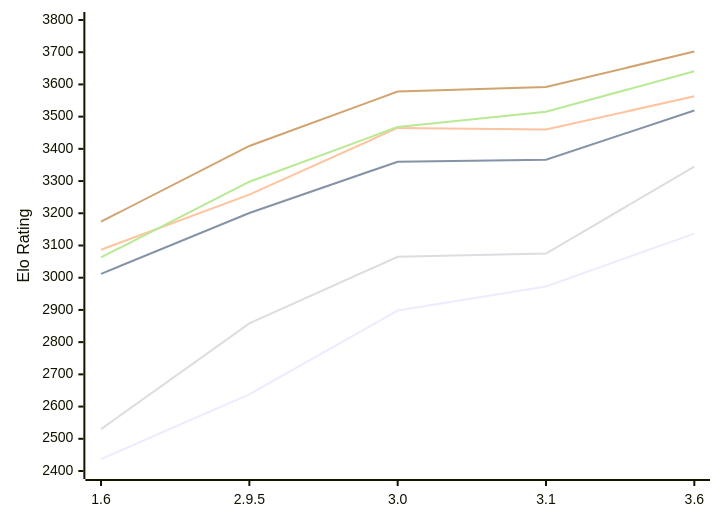
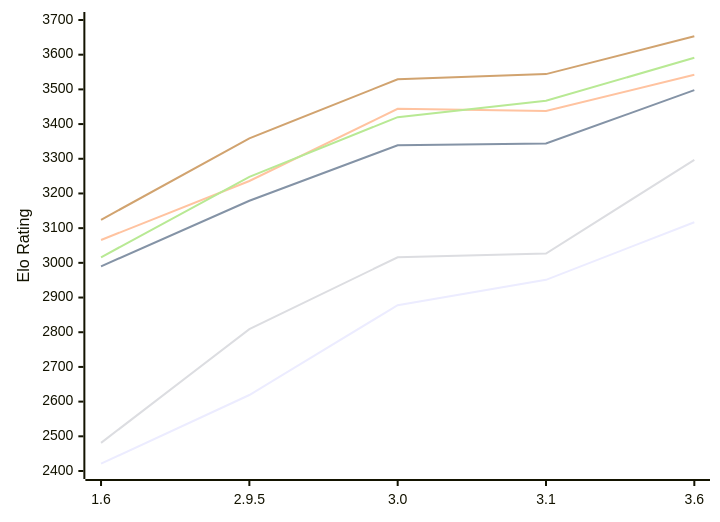
The diagram in engines/Chessenger.md (computer-chess-index/cci), drawn with Mermaid before and after one commit. The commit also changed other lines of this file, not shown here.

Commit message:
Update CCI Ratings (ELO VLTC) - 2026-11-08

````diff
--- a/engines/Chessenger.md
+++ b/engines/Chessenger.md
@@ -55,12 +55,12 @@
 ```mermaid
 %%{init: {"theme":"base","themeVariables":{"seriesColors:['#a3a3a3','#222221','#faa371']}}}%%
 xychart-beta
   x-axis ["1.6", "2.9.5", "3.0", "3.1", "3.6"]
-  y-axis "Elo Rating" 2400 --> 3800
-  line "E1: STC (8.0+0.08s)" [2437, 2638, 2898, 2973, 3137]
-  line "E1: LTC (60.0+0.60s)" [3012, 3201, 3360, 3366, 3519]
-  line "E1: VLTC (2m24s+1.12s)" [3087, 3258, 3465, 3460, 3563]
-  line "P1: STC (8.0+0.08s)" [2530, 2858, 3065, 3075, 3345]
-  line "P1: LTC (60.0+0.60s)" [3063, 3298, 3468, 3515, 3641]
-  line "P1: VLTC (2m24s+1.12s)" [3174, 3409, 3578, 3592, 3702]
+  y-axis "Elo Rating" 2400 --> 3700
+  line "E1: STC (8.0+0.08s)" [2421, 2619, 2878, 2951, 3117]
+  line "E1: LTC (60.0+0.60s)" [2990, 3179, 3339, 3344, 3498]
+  line "E1: VLTC (2m24s+1.12s)" [3066, 3236, 3444, 3438, 3542]
+  line "P1: STC (8.0+0.08s)" [2481, 2809, 3016, 3027, 3297]
+  line "P1: LTC (60.0+0.60s)" [3016, 3248, 3420, 3467, 3591]
+  line "P1: VLTC (2m24s+1.12s)" [3124, 3359, 3529, 3544, 3653]
 ```
````
